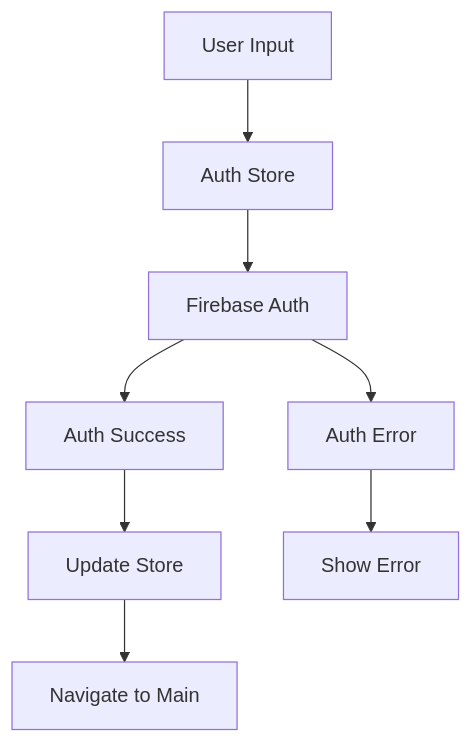
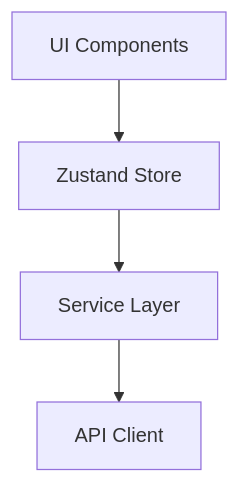
The third of 4 diagrams in memory-bank/systemPatterns.md (KhotsoT/FlavrMap), drawn with Mermaid before and after one commit. The commit also changed other lines of this file and 21 other files, not shown here.

````diff
--- a/memory-bank/systemPatterns.md
+++ b/memory-bank/systemPatterns.md
@@ -41,10 +99,6 @@
 ```mermaid
-graph TD
-    A[User Input] --> B[Auth Store]
-    B --> C[Firebase Auth]
-    C --> D[Auth Success]
-    C --> E[Auth Error]
-    D --> F[Update Store]
-    F --> G[Navigate to Main]
-    E --> H[Show Error]
+flowchart TD
+    UI[UI Components] --> Store[Zustand Store]
+    Store --> Service[Service Layer]
+    Service --> API[API Client]
 ```
````
